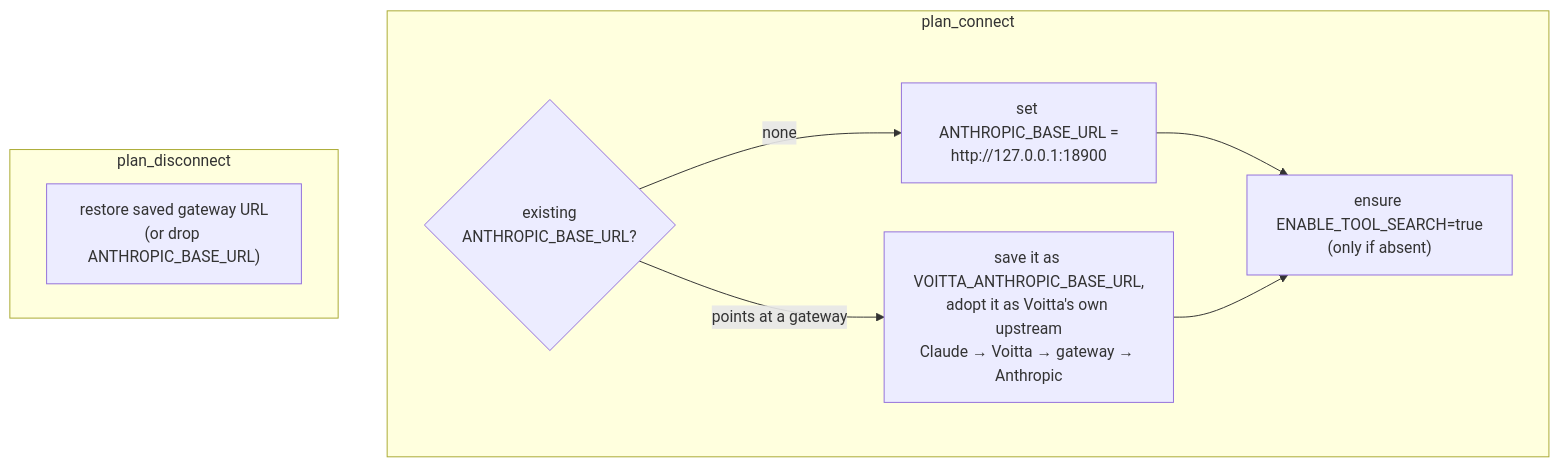
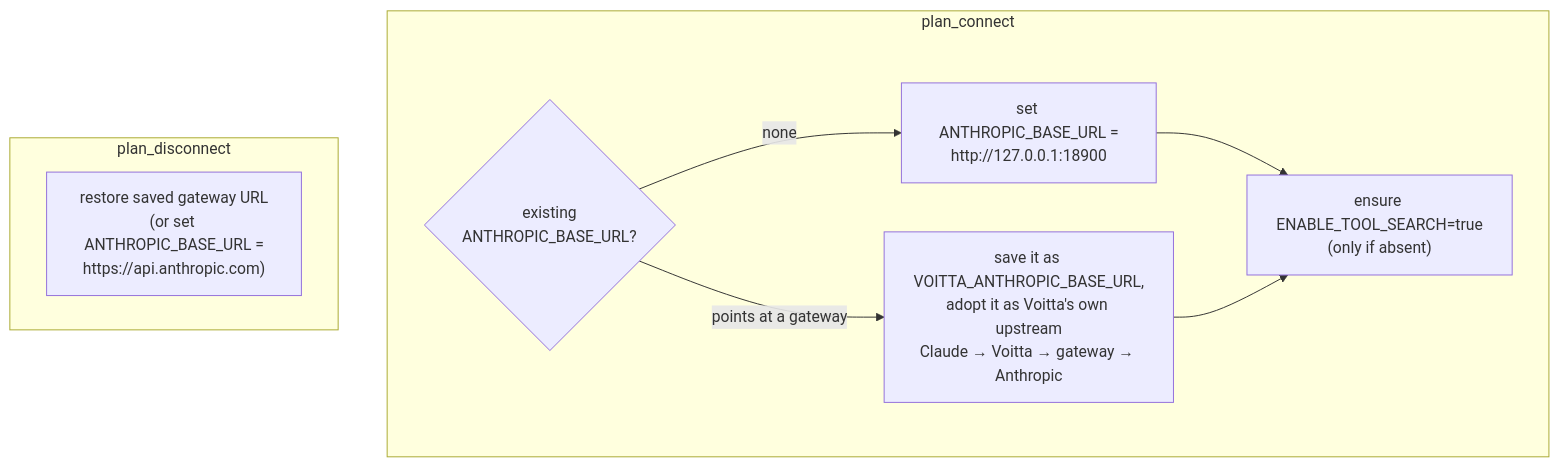
Before and after one commit to voitta-ai/voitta-desktop: diagram 14 of 16 in docs/OPERATIONS.md, drawn with Mermaid. The commit also changed other lines of this file and 2 other files, not shown here.

First line of the commit message:
Disconnect points running sessions back at Anthropic

````diff
--- a/docs/OPERATIONS.md
+++ b/docs/OPERATIONS.md
@@ -747,11 +747,11 @@
 ```mermaid
 flowchart TB
     subgraph connect["plan_connect"]
         C1{"existing<br/>ANTHROPIC_BASE_URL?"} -->|none| C2["set ANTHROPIC_BASE_URL =<br/>http://127.0.0.1:18900"]
         C1 -->|"points at a gateway"| C3["save it as VOITTA_ANTHROPIC_BASE_URL,<br/>adopt it as Voitta's own upstream<br/>Claude → Voitta → gateway → Anthropic"]
         C2 & C3 --> C4["ensure ENABLE_TOOL_SEARCH=true<br/>(only if absent)"]
     end
     subgraph disconnect["plan_disconnect"]
-        D1["restore saved gateway URL<br/>(or drop ANTHROPIC_BASE_URL)"]
+        D1["restore saved gateway URL<br/>(or set ANTHROPIC_BASE_URL =<br/>https://api.anthropic.com)"]
     end
 ```
````
